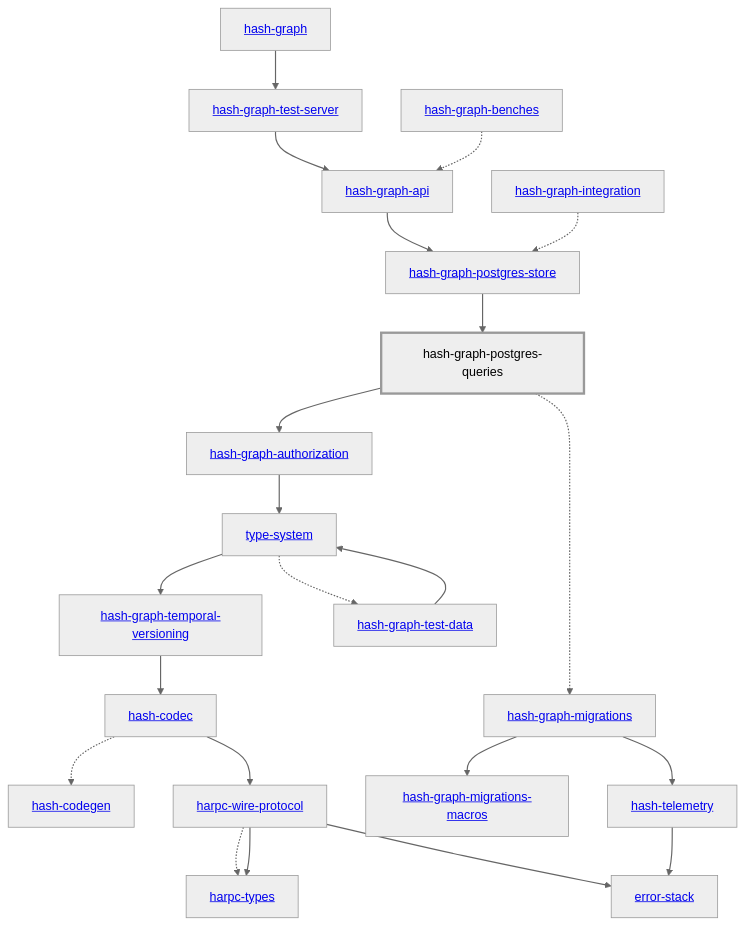
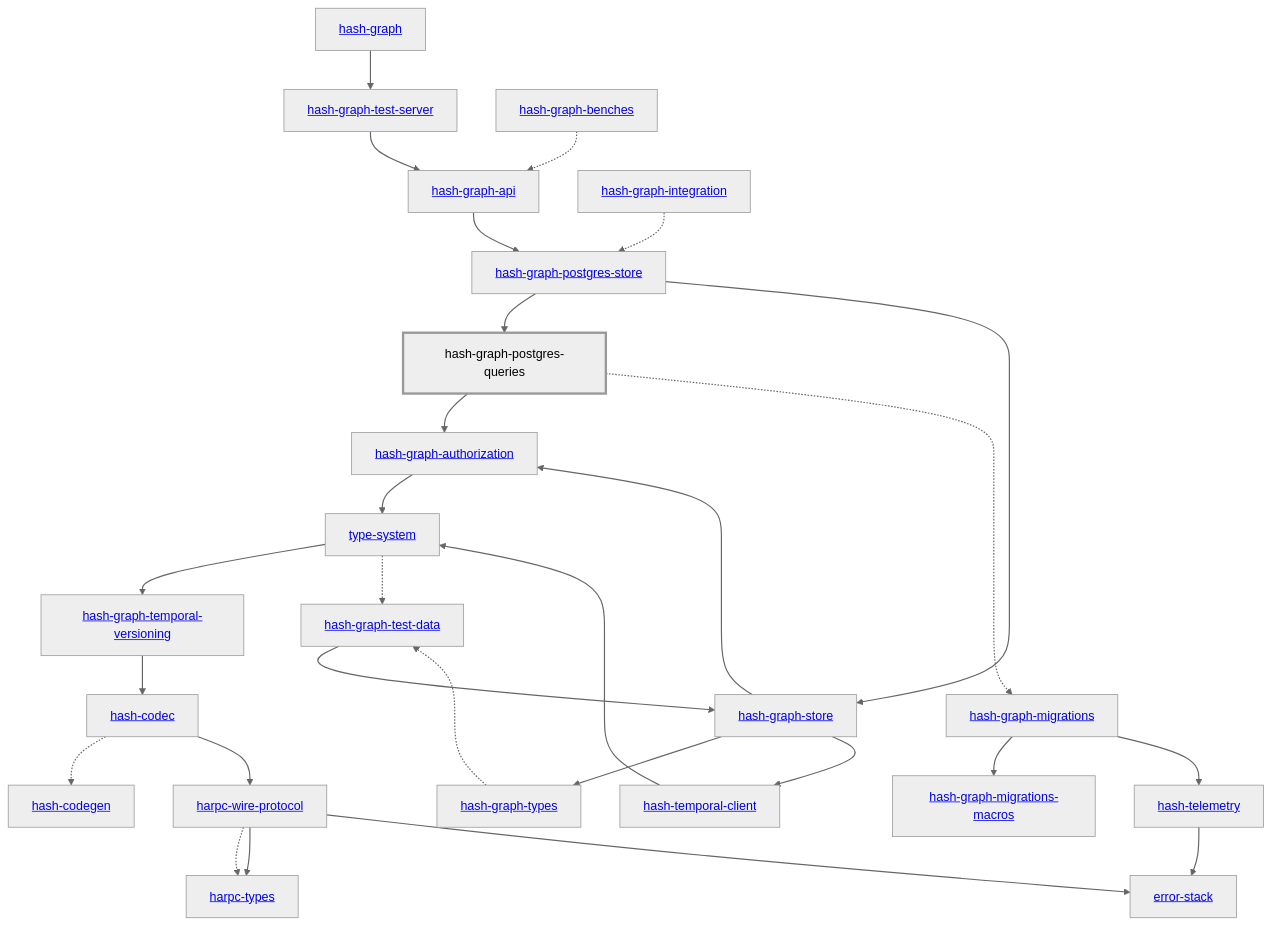
The diagram in libs/@local/graph/postgres-queries/docs/dependency-diagram.mmd (hashintel/hash), drawn with Mermaid (neutral theme) before and after one commit. The commit also changed 41 other files, not shown here.

```diff
--- a/libs/@local/graph/postgres-queries/docs/dependency-diagram.mmd
+++ b/libs/@local/graph/postgres-queries/docs/dependency-diagram.mmd
@@ -1,51 +1,60 @@
 graph TD
     linkStyle default stroke-width:1.5px
     classDef default stroke-width:1px
     classDef root stroke-width:3px
     classDef dev stroke-width:1px
     classDef build stroke-width:1px
     %% Legend
     %% --> : Normal dependency
     %% -.-> : Dev dependency
     %% ---> : Build dependency
     0[<a href="../hash_graph/index.html">hash-graph</a>]
     1[<a href="../type_system/index.html">type-system</a>]
     2[<a href="../hash_codec/index.html">hash-codec</a>]
     3[<a href="../hash_codegen/index.html">hash-codegen</a>]
     4[<a href="../hash_graph_api/index.html">hash-graph-api</a>]
     5[<a href="../hash_graph_authorization/index.html">hash-graph-authorization</a>]
     6[<a href="../hash_graph_migrations/index.html">hash-graph-migrations</a>]
     7[<a href="../hash_graph_migrations_macros/index.html">hash-graph-migrations-macros</a>]
     8[hash-graph-postgres-queries]
     class 8 root
     9[<a href="../hash_graph_postgres_store/index.html">hash-graph-postgres-store</a>]
-    10[<a href="../hash_graph_temporal_versioning/index.html">hash-graph-temporal-versioning</a>]
-    11[<a href="../hash_graph_test_server/index.html">hash-graph-test-server</a>]
-    12[<a href="../harpc_types/index.html">harpc-types</a>]
-    13[<a href="../harpc_wire_protocol/index.html">harpc-wire-protocol</a>]
-    14[<a href="../hash_telemetry/index.html">hash-telemetry</a>]
-    15[<a href="../error_stack/index.html">error-stack</a>]
-    16[<a href="../hash_graph_benches/index.html">hash-graph-benches</a>]
-    17[<a href="../hash_graph_integration/index.html">hash-graph-integration</a>]
-    18[<a href="../hash_graph_test_data/index.html">hash-graph-test-data</a>]
-    0 --> 11
-    1 --> 10
-    1 -.-> 18
+    10[<a href="../hash_graph_store/index.html">hash-graph-store</a>]
+    11[<a href="../hash_graph_temporal_versioning/index.html">hash-graph-temporal-versioning</a>]
+    12[<a href="../hash_graph_test_server/index.html">hash-graph-test-server</a>]
+    13[<a href="../hash_graph_types/index.html">hash-graph-types</a>]
+    14[<a href="../harpc_types/index.html">harpc-types</a>]
+    15[<a href="../harpc_wire_protocol/index.html">harpc-wire-protocol</a>]
+    16[<a href="../hash_telemetry/index.html">hash-telemetry</a>]
+    17[<a href="../hash_temporal_client/index.html">hash-temporal-client</a>]
+    18[<a href="../error_stack/index.html">error-stack</a>]
+    19[<a href="../hash_graph_benches/index.html">hash-graph-benches</a>]
+    20[<a href="../hash_graph_integration/index.html">hash-graph-integration</a>]
+    21[<a href="../hash_graph_test_data/index.html">hash-graph-test-data</a>]
+    0 --> 12
+    1 --> 11
+    1 -.-> 21
     2 -.-> 3
-    2 --> 13
+    2 --> 15
     4 --> 9
     5 --> 1
     6 --> 7
-    6 --> 14
+    6 --> 16
     8 --> 5
     8 -.-> 6
     9 --> 8
-    10 --> 2
-    11 --> 4
-    13 -.-> 12
-    13 --> 12
-    13 --> 15
-    14 --> 15
-    16 -.-> 4
-    17 -.-> 9
-    18 --> 1
+    9 --> 10
+    10 --> 5
+    10 --> 13
+    10 --> 17
+    11 --> 2
+    12 --> 4
+    13 -.-> 21
+    15 -.-> 14
+    15 --> 14
+    15 --> 18
+    16 --> 18
+    17 --> 1
+    19 -.-> 4
+    20 -.-> 9
+    21 --> 10
```
